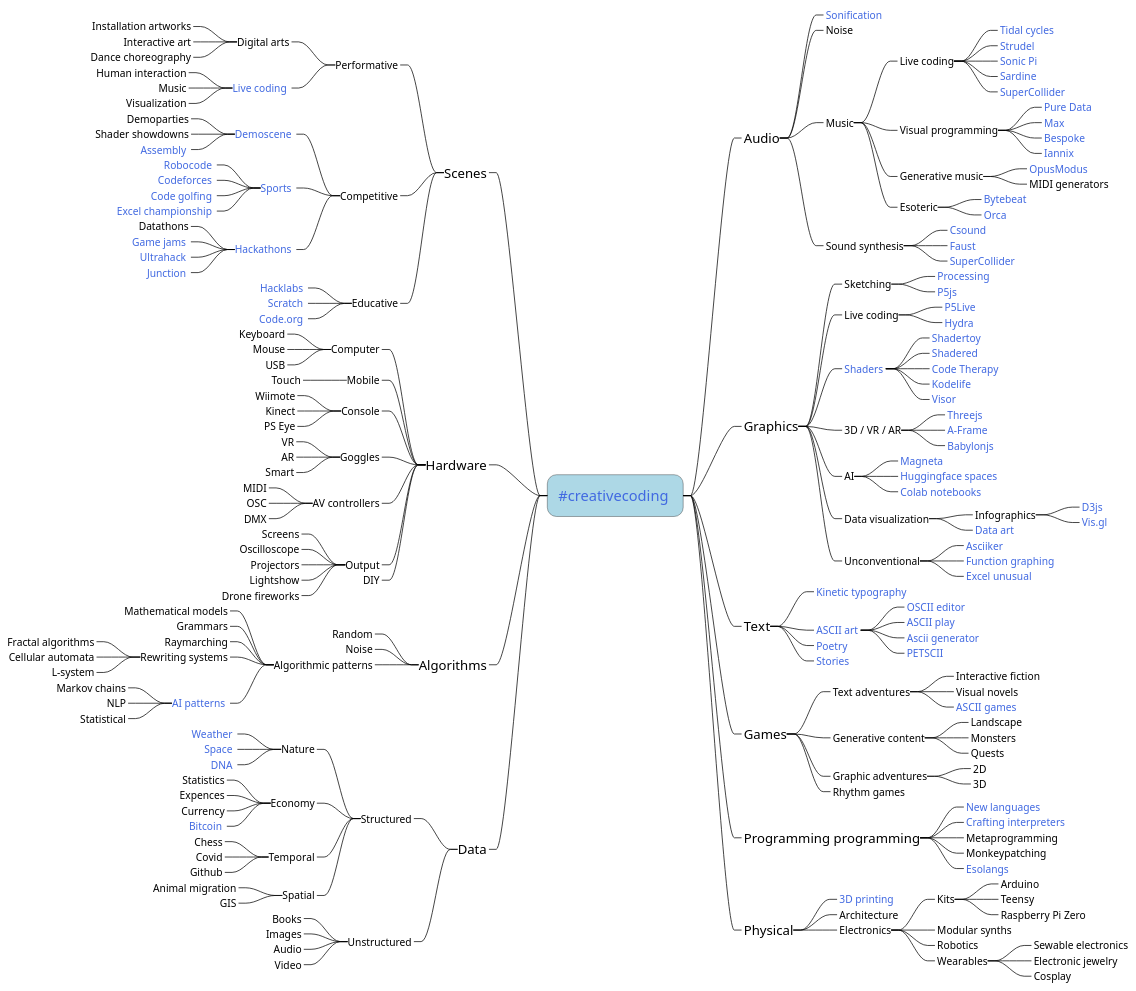
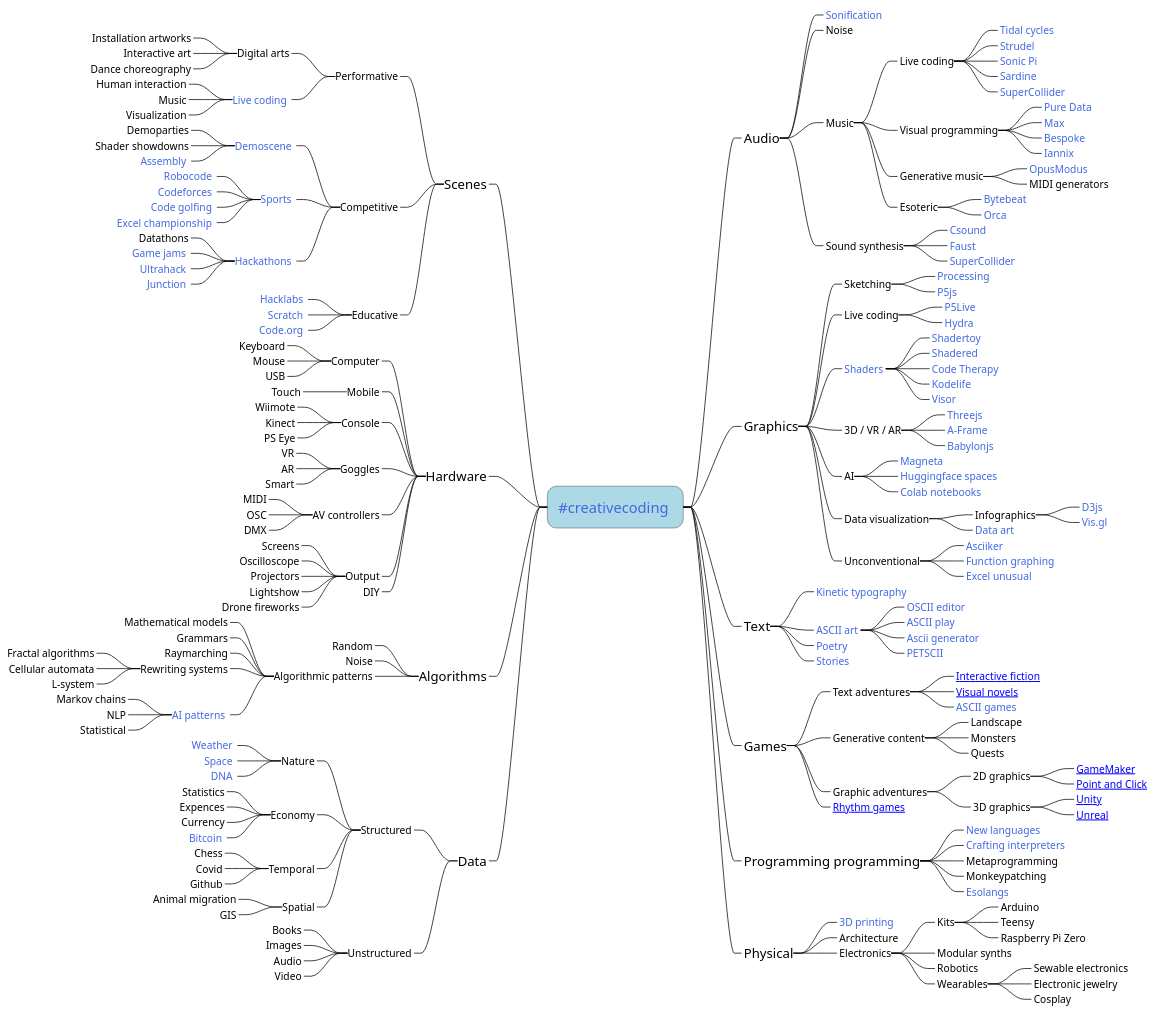
Before and after one commit to amiika/creativecodingmindmap: the diagram in mindmap.plantuml, drawn with PlantUML. The commit also changed 2 other files, not shown here.

```diff
--- a/mindmap.plantuml
+++ b/mindmap.plantuml
@@ -105,7 +105,7 @@
 **_ Text
 ***_ [[https://timrodenbroeker.de/processing-tutorial-kinetic-typography-1 Kinetic typography]] <<link>>
 ***_ [[https://github.com/khrome/ascii-art-docs/blob/master/History.md ASCII art]] <<link>>
-****_ [[https://adelfaure.net OSCII editor]] <<link>>
+****_ [[https://gitlab.com/adelfaure/oscii OSCII editor]] <<link>>
 ****_ [[https://play.ertdfgcvb.xyz/ ASCII play]] <<link>>
 ****_ [[https://github.com/JuliaPoo/AsciiArtist Ascii generator]] <<link>>
 ****_ [[https://github.com/nurpax/petmate PETSCII]] <<link>>
@@ -114,18 +114,22 @@
 
 **_ Games
 ***_ Text adventures
-****_ Interactive fiction
-****_ Visual novels
-****_ [[https://adelfaure.net/ ASCII games]] <<link>>
+****_ [[https://github.com/tajmone/awesome-interactive-fiction Interactive fiction]]
+****_ [[https://www.renpy.org/ Visual novels]]
+****_ [[https://adelfaure.net/games/ ASCII games]] <<link>>
 
 ***_ Generative content
 ****_ Landscape
 ****_ Monsters
 ****_ Quests
 ***_ Graphic adventures
-****_ 2D
-****_ 3D
-***_ Rhythm games
+****_ 2D graphics
+*****_ [[https://gamemaker.io/en GameMaker]]
+*****_ [[https://github.com/topics/point-and-click Point and Click]]
+****_ 3D graphics
+*****_ [[https://unity.com/ Unity]]
+*****_ [[https://www.unrealengine.com/en-US Unreal]]
+***_ [[https://github.com/topics/rhythm-game Rhythm games]]
 
 **_ Programming programming
 ***_ [[https://eloquentjavascript.net/12_language.html New languages]] <<link>>
```
